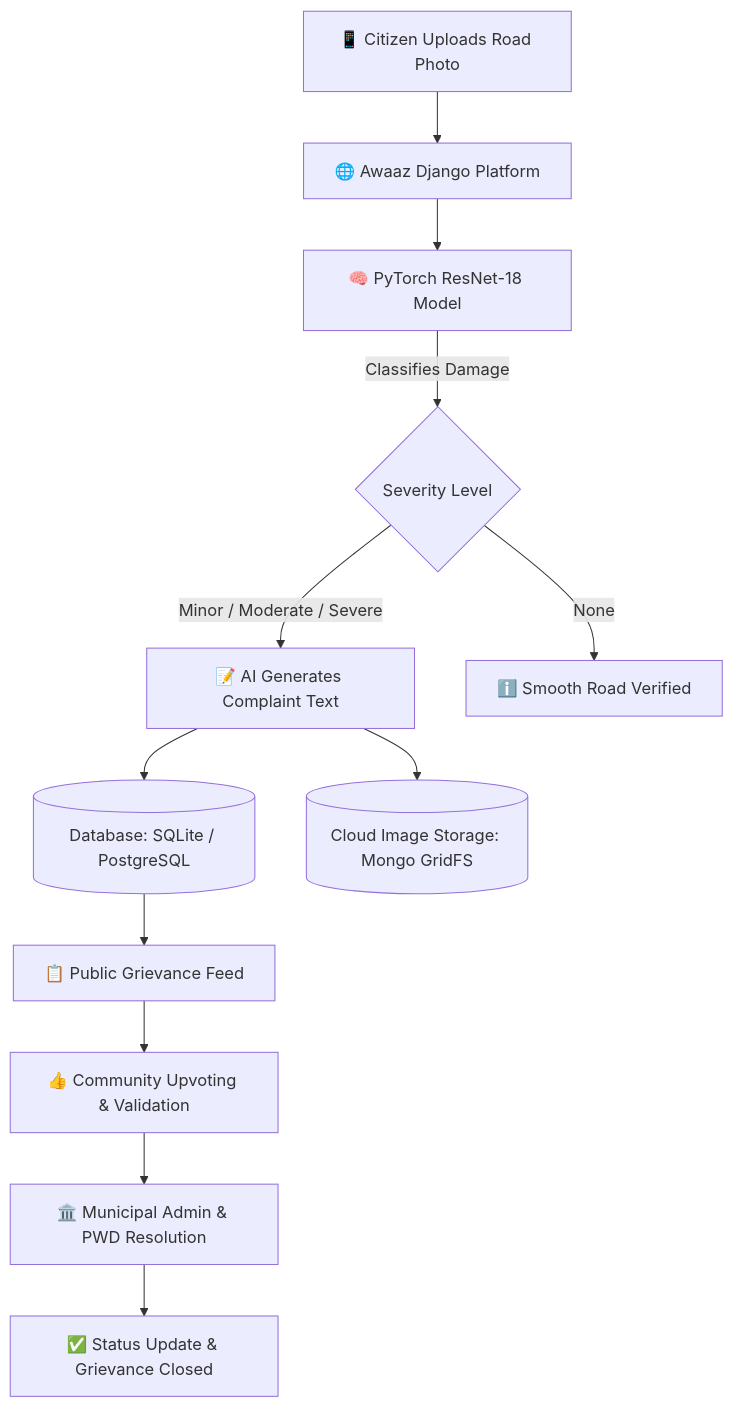
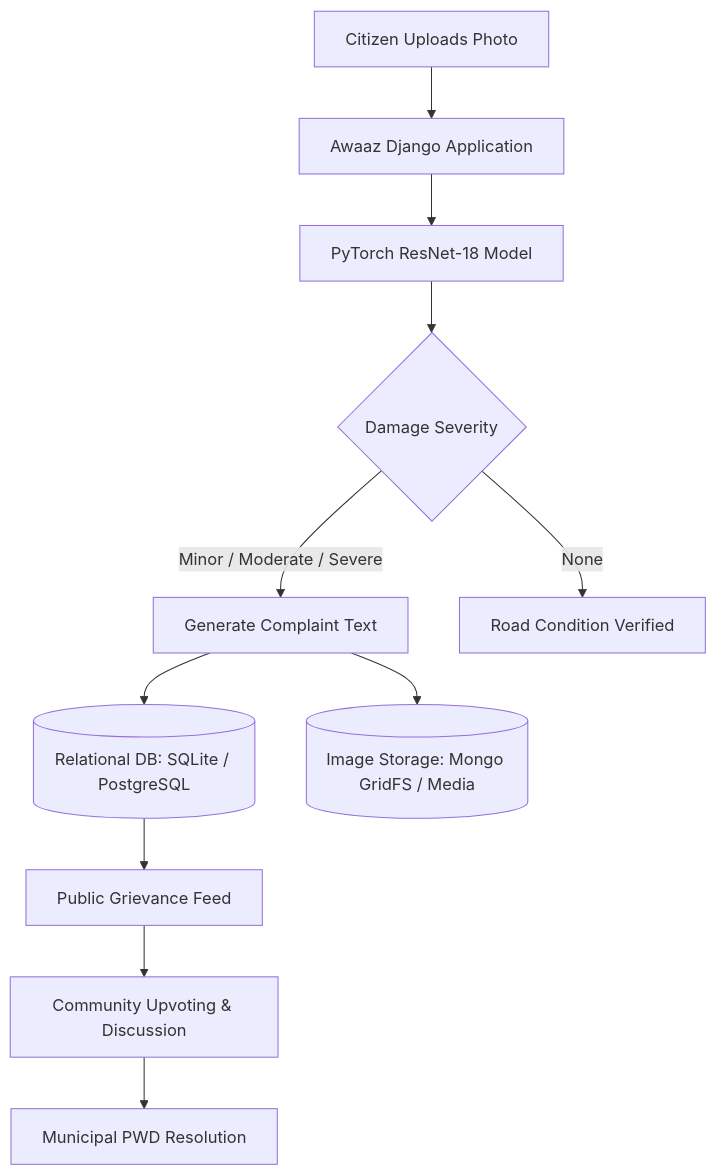
One commit to Soham167-prog/Awaaz changed the diagram in README.md. Above: the diagram before and after it, drawn with Mermaid. The commit also changed other lines of this file and 2 other files, not shown here.

````diff
--- a/README.md
+++ b/README.md
@@ -45,14 +30,13 @@
 ```mermaid
 flowchart TD
-    A[📱 Citizen Uploads Road Photo] --> B[🌐 Awaaz Django Platform]
-    B --> C[🧠 PyTorch ResNet-18 Model]
-    C -->|Classifies Damage| D{Severity Level}
-    D -->|Minor / Moderate / Severe| E[📝 AI Generates Complaint Text]
-    D -->|None| F[ℹ️ Smooth Road Verified]
-    E --> G[(Database: SQLite / PostgreSQL)]
-    E --> H[(Cloud Image Storage: Mongo GridFS)]
-    G --> I[📋 Public Grievance Feed]
-    I --> J[👍 Community Upvoting & Validation]
-    J --> K[🏛️ Municipal Admin & PWD Resolution]
-    K --> L[✅ Status Update & Grievance Closed]
+    A[Citizen Uploads Photo] --> B[Awaaz Django Application]
+    B --> C[PyTorch ResNet-18 Model]
+    C --> D{Damage Severity}
+    D -->|Minor / Moderate / Severe| E[Generate Complaint Text]
+    D -->|None| F[Road Condition Verified]
+    E --> G[(Relational DB: SQLite / PostgreSQL)]
+    E --> H[(Image Storage: Mongo GridFS / Media)]
+    G --> I[Public Grievance Feed]
+    I --> J[Community Upvoting & Discussion]
+    J --> K[Municipal PWD Resolution]
 ```
````
